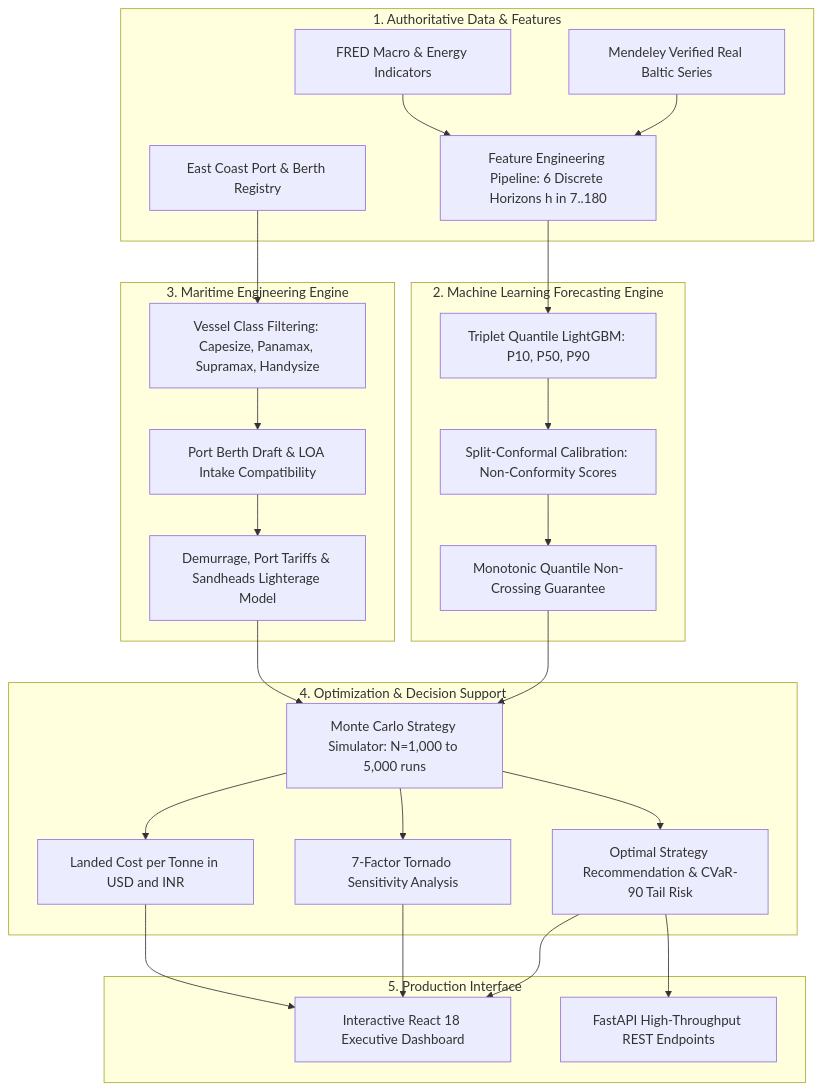
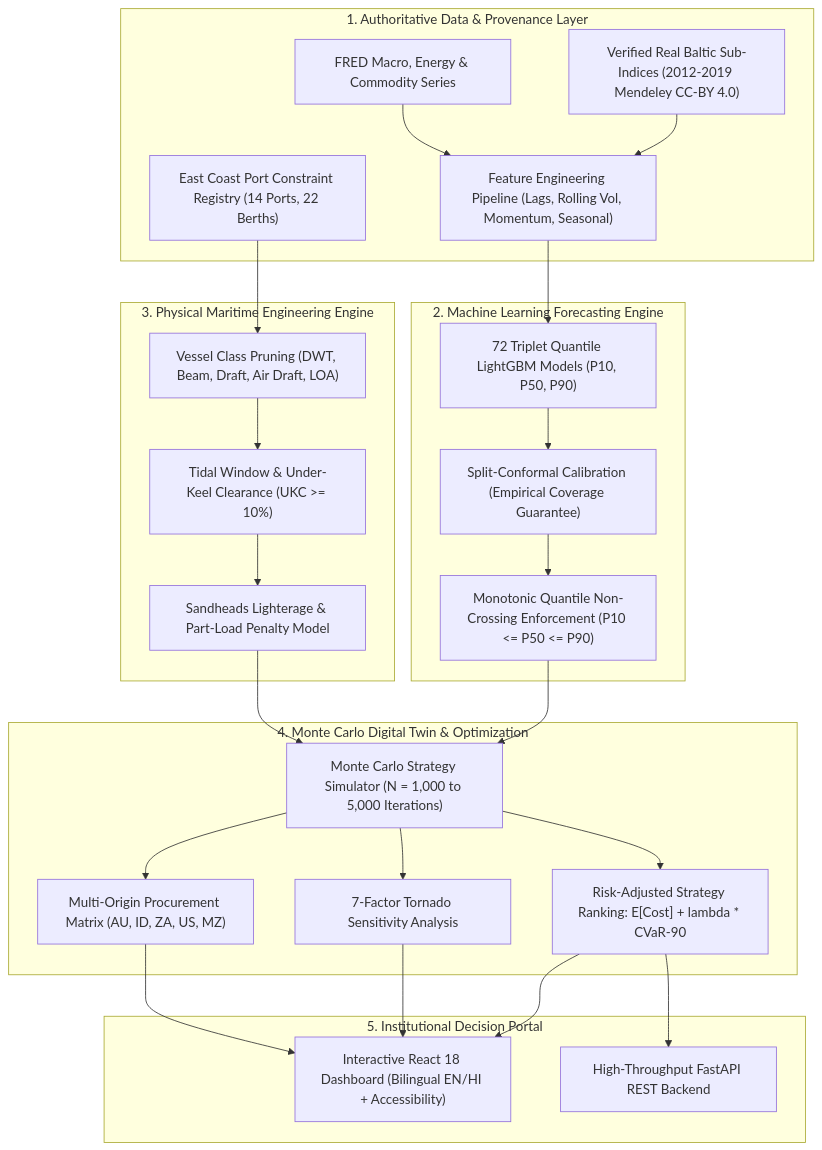
One commit to sam9334545/sih_deploy_final changed the diagram in README.md. Above: the diagram before and after it, drawn with Mermaid. The commit also changed other lines of this file, not shown here.

````diff
--- a/README.md
+++ b/README.md
@@ -49,37 +55,37 @@
 ```mermaid
 flowchart TD
-    subgraph Data ["1. Authoritative Data & Features"]
-        D1[Mendeley Verified Real Baltic Series]
-        D2[FRED Macro & Energy Indicators]
-        D3[East Coast Port & Berth Registry]
-        D1 --> FE[Feature Engineering Pipeline: 6 Discrete Horizons h in 7..180]
+    subgraph Data ["1. Authoritative Data & Provenance Layer"]
+        D1["Verified Real Baltic Sub-Indices (2012-2019 Mendeley CC-BY 4.0)"]
+        D2["FRED Macro, Energy & Commodity Series"]
+        D3["East Coast Port Constraint Registry (14 Ports, 22 Berths)"]
+        D1 --> FE["Feature Engineering Pipeline (Lags, Rolling Vol, Momentum, Seasonal)"]
         D2 --> FE
     end
 
     subgraph ML ["2. Machine Learning Forecasting Engine"]
-        FE --> M1[Triplet Quantile LightGBM: P10, P50, P90]
-        M1 --> M2[Split-Conformal Calibration: Non-Conformity Scores]
-        M2 --> M3[Monotonic Quantile Non-Crossing Guarantee]
+        FE --> M1["72 Triplet Quantile LightGBM Models (P10, P50, P90)"]
+        M1 --> M2["Split-Conformal Calibration (Empirical Coverage Guarantee)"]
+        M2 --> M3["Monotonic Quantile Non-Crossing Enforcement (P10 <= P50 <= P90)"]
     end
 
-    subgraph Constraints ["3. Maritime Engineering Engine"]
-        D3 --> C1[Vessel Class Filtering: Capesize, Panamax, Supramax, Handysize]
-        C1 --> C2[Port Berth Draft & LOA Intake Compatibility]
-        C2 --> C3[Demurrage, Port Tariffs & Sandheads Lighterage Model]
+    subgraph Constraints ["3. Physical Maritime Engineering Engine"]
+        D3 --> C1["Vessel Class Pruning (DWT, Beam, Draft, Air Draft, LOA)"]
+        C1 --> C2["Tidal Window & Under-Keel Clearance (UKC >= 10%)"]
+        C2 --> C3["Sandheads Lighterage & Part-Load Penalty Model"]
     end
 
-    subgraph Simulation ["4. Optimization & Decision Support"]
-        M3 --> Sim[Monte Carlo Strategy Simulator: N=1,000 to 5,000 runs]
+    subgraph Simulation ["4. Monte Carlo Digital Twin & Optimization"]
+        M3 --> Sim["Monte Carlo Strategy Simulator (N = 1,000 to 5,000 Iterations)"]
         C3 --> Sim
-        Sim --> O1[Optimal Strategy Recommendation & CVaR-90 Tail Risk]
-        Sim --> O2[7-Factor Tornado Sensitivity Analysis]
-        Sim --> O3[Landed Cost per Tonne in USD and INR]
+        Sim --> O1["Risk-Adjusted Strategy Ranking: E[Cost] + lambda * CVaR-90"]
+        Sim --> O2["7-Factor Tornado Sensitivity Analysis"]
+        Sim --> O3["Multi-Origin Procurement Matrix (AU, ID, ZA, US, MZ)"]
     end
 
-    subgraph Delivery ["5. Production Interface"]
-        O1 --> UI[Interactive React 18 Executive Dashboard]
+    subgraph Interface ["5. Institutional Decision Portal"]
+        O1 --> UI["Interactive React 18 Dashboard (Bilingual EN/HI + Accessibility)"]
         O2 --> UI
         O3 --> UI
-        O1 --> API[FastAPI High-Throughput REST Endpoints]
+        O1 --> API["High-Throughput FastAPI REST Backend"]
     end
 ```
````
